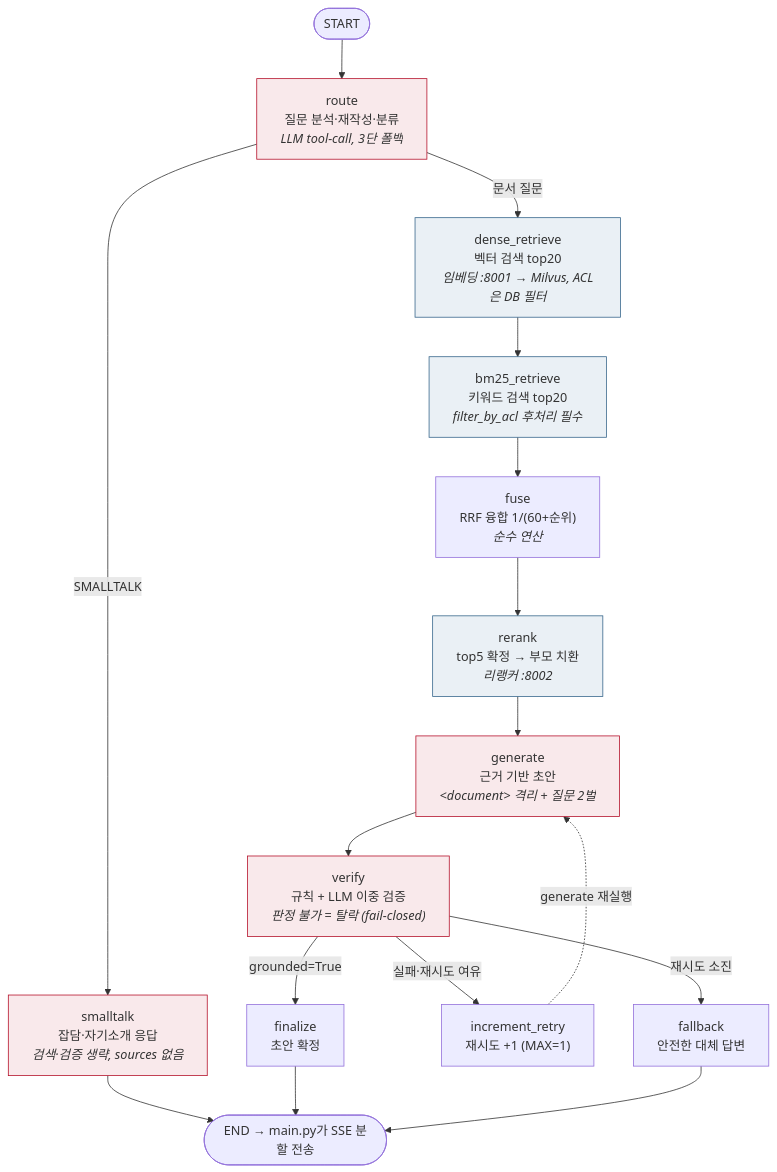
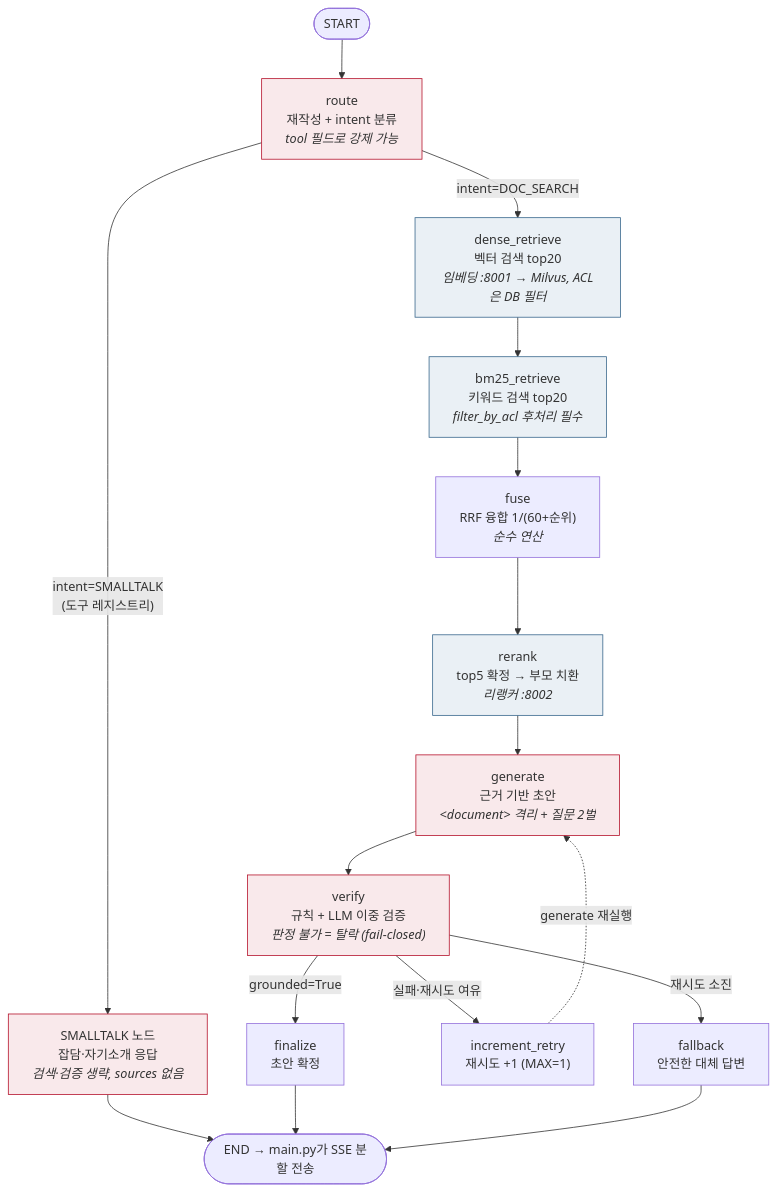
One commit to ROKMC-AI-TF-TEAM-LLM/mars-ai-server changed the second of 2 diagrams in docs/code_guide.md. Above: the diagram before and after it, drawn with Mermaid. The commit also changed other lines of this file and 14 other files, not shown here.

````diff
--- a/docs/code_guide.md
+++ b/docs/code_guide.md
@@ -295,30 +296,30 @@
 ```mermaid
 flowchart TB
-    START([START]) --> route["route<br/>질문 분석·재작성·분류<br/><i>LLM tool-call, 3단 폴백</i>"]
+    START([START]) --> route["route<br/>재작성 + intent 분류<br/><i>tool 필드로 강제 가능</i>"]
 
-    route -- "SMALLTALK" --> smalltalk["smalltalk<br/>잡담·자기소개 응답<br/><i>검색·검증 생략, sources 없음</i>"]
-    route -- "문서 질문" --> dense["dense_retrieve<br/>벡터 검색 top20<br/><i>임베딩 :8001 → Milvus, ACL은 DB 필터</i>"]
+    route -- "intent=SMALLTALK<br/>(도구 레지스트리)" --> smalltalk["SMALLTALK 노드<br/>잡담·자기소개 응답<br/><i>검색·검증 생략, sources 없음</i>"]
+    route -- "intent=DOC_SEARCH" --> dense["dense_retrieve<br/>벡터 검색 top20<br/><i>임베딩 :8001 → Milvus, ACL은 DB 필터</i>"]
 
     dense --> bm25["bm25_retrieve<br/>키워드 검색 top20<br/><i>filter_by_acl 후처리 필수</i>"]
     bm25 --> fuse["fuse<br/>RRF 융합 1/(60+순위)<br/><i>순수 연산</i>"]
     fuse --> rerank["rerank<br/>top5 확정 → 부모 치환<br/><i>리랭커 :8002</i>"]
     rerank --> generate["generate<br/>근거 기반 초안<br/><i>&lt;document&gt; 격리 + 질문 2벌</i>"]
     generate --> verify["verify<br/>규칙 + LLM 이중 검증<br/><i>판정 불가 = 탈락 (fail-closed)</i>"]
 
     verify -- "grounded=True" --> finalize["finalize<br/>초안 확정"]
     verify -- "실패·재시도 여유" --> retry["increment_retry<br/>재시도 +1 (MAX=1)"]
     verify -- "재시도 소진" --> fallback["fallback<br/>안전한 대체 답변"]
     retry -. "generate 재실행" .-> generate
 
     smalltalk --> DONE
     finalize --> DONE
     fallback --> DONE([END → main.py가 SSE 분할 전송])
 
     style route fill:#f9e9eb,stroke:#b5122b
     style smalltalk fill:#f9e9eb,stroke:#b5122b
     style generate fill:#f9e9eb,stroke:#b5122b
     style verify fill:#f9e9eb,stroke:#b5122b
     style dense fill:#eaf0f5,stroke:#38678c
     style bm25 fill:#eaf0f5,stroke:#38678c
     style rerank fill:#eaf0f5,stroke:#38678c
 ```
````
